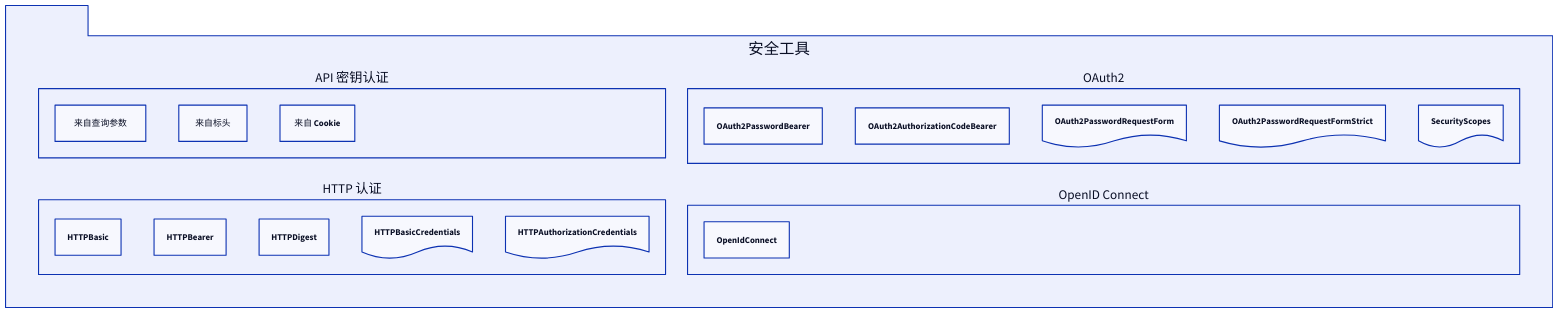
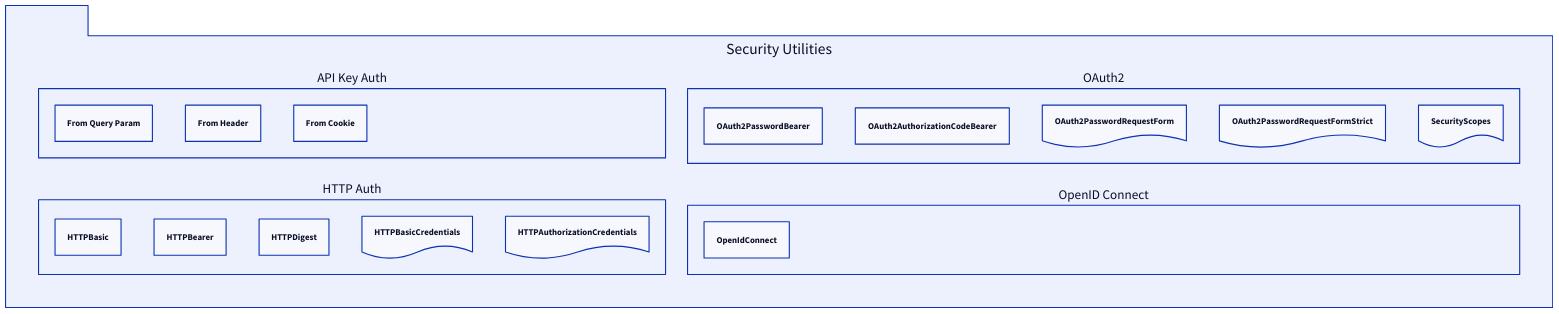
Before and after one commit to lban2049/fastapi: the diagram in .aigne/doc-smith/docs/api-reference-security.zh.md, drawn with D2. The commit also changed other lines of this file and 40 other files, not shown here.

````diff
--- a/.aigne/doc-smith/docs/api-reference-security.zh.md
+++ b/.aigne/doc-smith/docs/api-reference-security.zh.md
@@ -7,38 +7,58 @@
 ```d2
 direction: down
 
-"安全工具": {
+Security-Utilities: {
+  label: "Security Utilities"
   shape: package
   grid-columns: 2
 
-  "API 密钥认证": {
+  API-Key-Auth: {
+    label: "API Key Auth"
     shape: rectangle
-    "APIKeyQuery": {label: "来自查询参数"}
-    "APIKeyHeader": {label: "来自标头"}
-    "APIKeyCookie": {label: "来自 Cookie"}
+    APIKeyQuery: {
+      label: "From Query Param"
+    }
+    APIKeyHeader: {
+      label: "From Header"
+    }
+    APIKeyCookie: {
+      label: "From Cookie"
+    }
   }
 
-  "HTTP 认证": {
+  HTTP-Auth: {
+    label: "HTTP Auth"
     shape: rectangle
-    "HTTPBasic": {}
-    "HTTPBearer": {}
-    "HTTPDigest": {}
-    "HTTPBasicCredentials": {shape: document}
-    "HTTPAuthorizationCredentials": {shape: document}
+    HTTPBasic: {}
+    HTTPBearer: {}
+    HTTPDigest: {}
+    HTTPBasicCredentials: {
+      shape: document
+    }
+    HTTPAuthorizationCredentials: {
+      shape: document
+    }
   }
 
-  "OAuth2": {
+  OAuth2: {
     shape: rectangle
-    "OAuth2PasswordBearer": {}
-    "OAuth2AuthorizationCodeBearer": {}
-    "OAuth2PasswordRequestForm": {shape: document}
-    "OAuth2PasswordRequestFormStrict": {shape: document}
-    "SecurityScopes": {shape: document}
+    OAuth2PasswordBearer: {}
+    OAuth2AuthorizationCodeBearer: {}
+    OAuth2PasswordRequestForm: {
+      shape: document
+    }
+    OAuth2PasswordRequestFormStrict: {
+      shape: document
+    }
+    SecurityScopes: {
+      shape: document
+    }
   }
 
-  "OpenID Connect": {
+  OpenID-Connect: {
+    label: "OpenID Connect"
     shape: rectangle
-    "OpenIdConnect": {}
+    OpenIdConnect: {}
   }
 }
 ```
````
